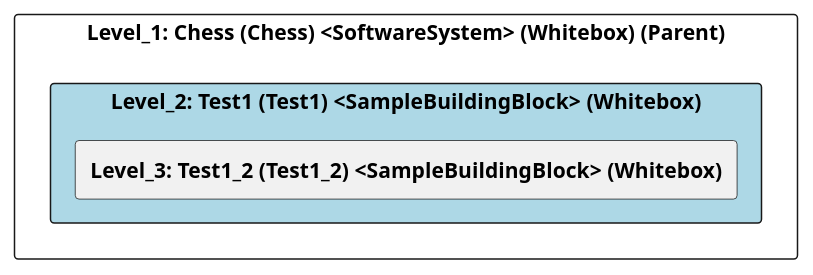
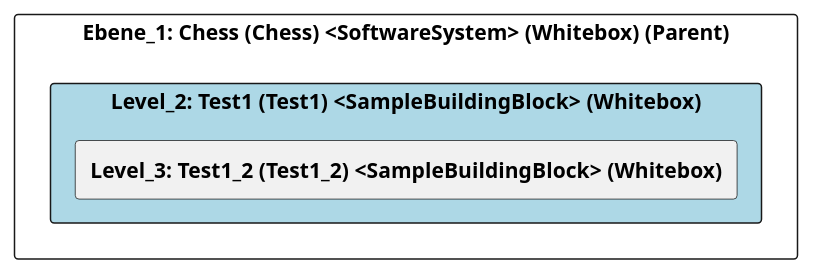
Before and after one commit to marcozwyssig/cleon: the diagram in src/cleon.architecturemethods.arc42.sample/doc/cleon_architecturemethods_arc42_sample_arc42/adoc/en/05_building_block_view/chess/test1/level_2_test1.adoc, drawn with PlantUML. The commit also changed other lines of this file and 620 other files, not shown here.

```diff
--- a/src/cleon.architecturemethods.arc42.sample/doc/cleon_architecturemethods_arc42_sample_arc42/adoc/en/05_building_block_view/chess/test1/level_2_test1.adoc
+++ b/src/cleon.architecturemethods.arc42.sample/doc/cleon_architecturemethods_arc42_sample_arc42/adoc/en/05_building_block_view/chess/test1/level_2_test1.adoc
@@ -22,26 +22,26 @@
 [plantuml, Level_2: Test1 (Test1) <SampleBuildingBlock> (Whitebox)BlockOverview, format="svg"]
 ----
 @startuml Level_2: Test1 (Test1) <SampleBuildingBlock> (Whitebox)BuildingBlockOverview
 
 skinparam ranksep 10
 skinparam componentStyle rectangle
 skinparam shadowing false
 skinparam arrowColor lightblue
 skinparam arrowThickness 1.2
 skinparam rectangle {
   BackgroundColor White
   BorderColor #333
   RoundCorner 10
 }
 top to bottom direction
 
-component "Level_1: Chess (Chess) <SoftwareSystem> (Whitebox) (Parent)" {
+component "Ebene_1: Chess (Chess) <SoftwareSystem> (Whitebox) (Parent)" {
     component "Level_2: Test1 (Test1) <SampleBuildingBlock> (Whitebox)" #lightblue {
         [**Level_3: Test1_2 (Test1_2) <SampleBuildingBlock> (Whitebox)**] as 489CD282_D579_11EE_903E_9F564E4DE07E
     }
 
     
 }
 
 @enduml
 ----
```
